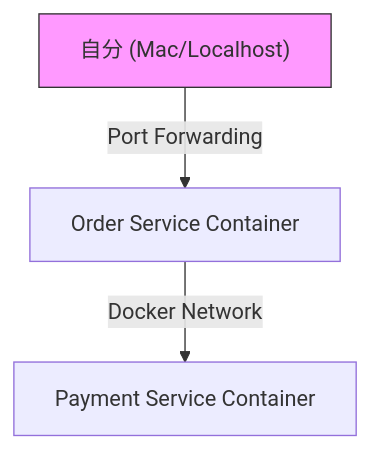
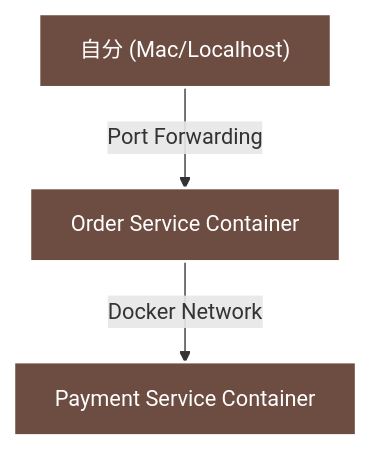
The first of 2 diagrams in articles/dev-container.md (shayate811/shayate811-zenn-contents), drawn with Mermaid before and after one commit. The commit also changed other lines of this file, not shown here.

````diff
--- a/articles/dev-container.md
+++ b/articles/dev-container.md
@@ -29,7 +29,7 @@
 ```mermaid
 graph TD
-User["自分 (Mac/Localhost)"] -->|Port Forwarding| Order["Order Service Container"]
-Order -->|Docker Network| Payment["Payment Service Container"]
+    User["自分 (Mac/Localhost)"] -->|Port Forwarding| Order["Order Service Container"]
+    Order -->|Docker Network| Payment["Payment Service Container"]
 
-    style User fill:#f9f,stroke:#333
+    classDef default fill:#6d4c41,stroke:#fff,stroke-width:2px,color:#fff;
 ```
````
